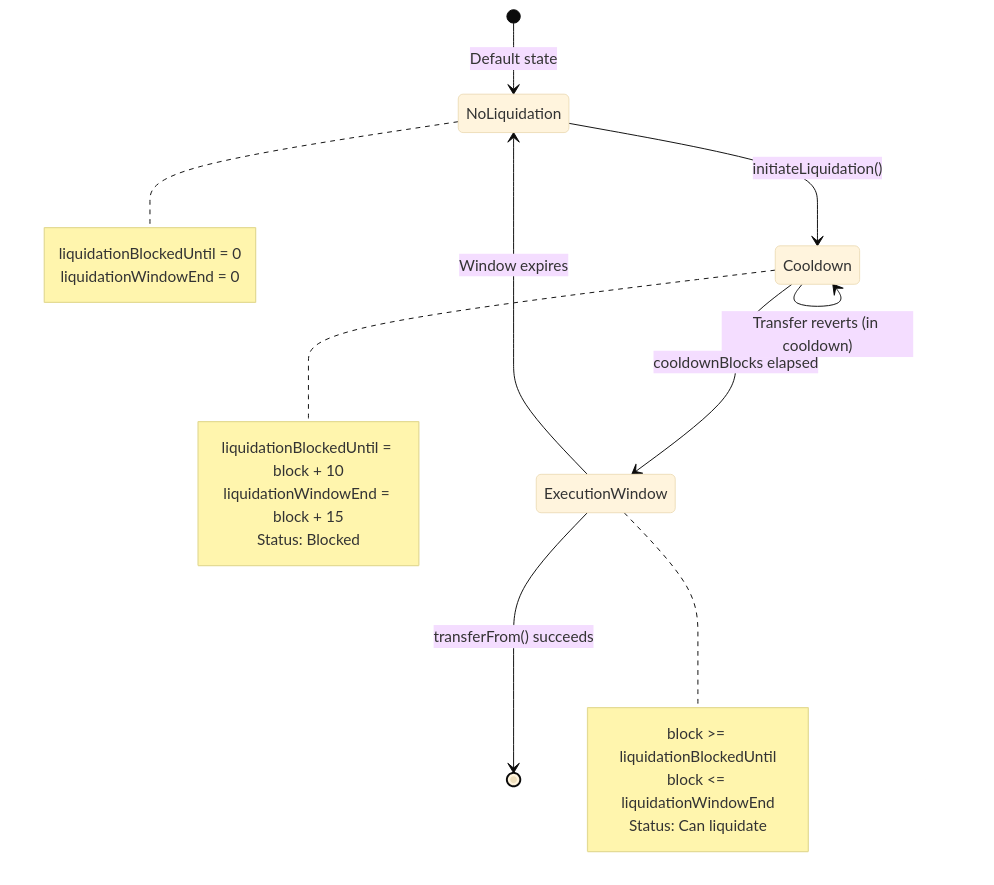
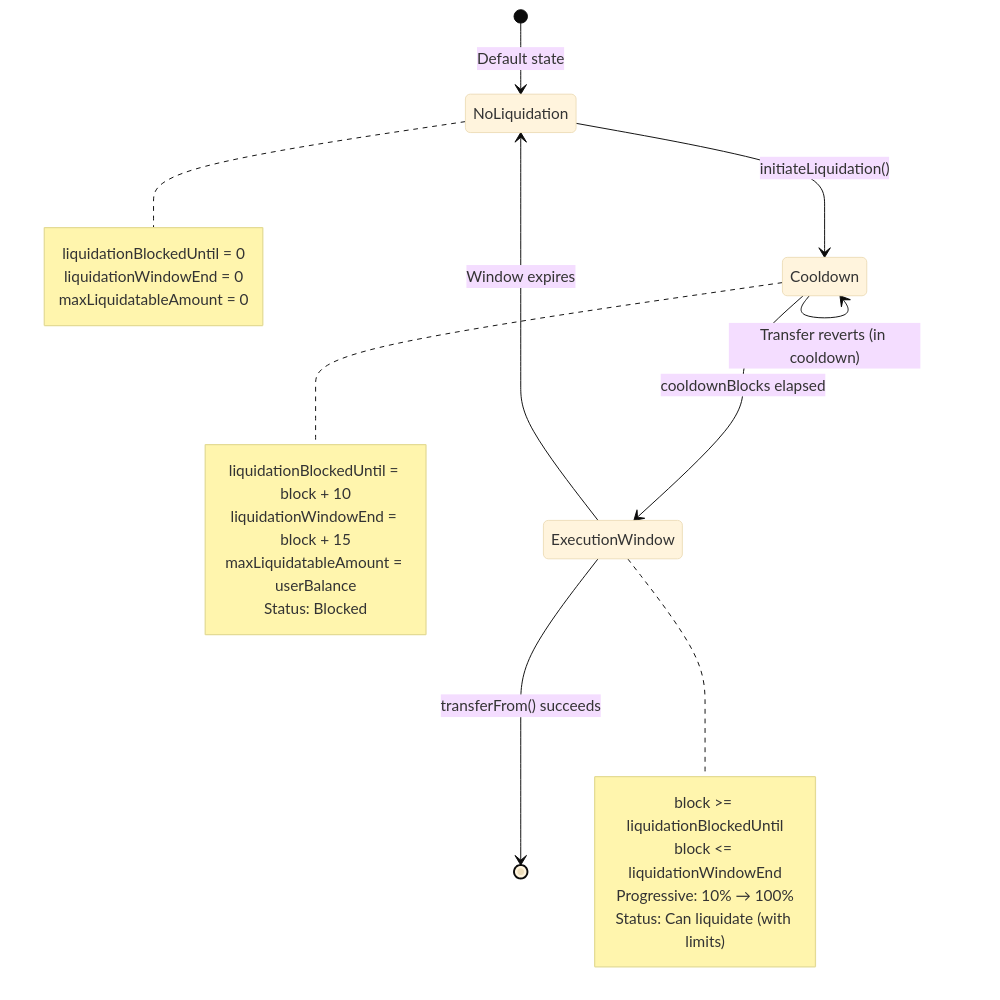
Before and after one commit to jordan-public/circuit-breaker-token: the second of 3 diagrams in README.md, drawn with Mermaid (base theme). The commit also changed other lines of this file and 2 other files, not shown here.

````diff
--- a/README.md
+++ b/README.md
@@ -169,29 +318,32 @@
 ```mermaid
 stateDiagram-v2
     [*] --> NoLiquidation: Default state
     
     NoLiquidation --> Cooldown: initiateLiquidation()
     
     Cooldown --> ExecutionWindow: cooldownBlocks elapsed
     Cooldown --> Cooldown: Transfer reverts (in cooldown)
     
     ExecutionWindow --> [*]: transferFrom() succeeds
     ExecutionWindow --> NoLiquidation: Window expires
     
     note right of NoLiquidation
         liquidationBlockedUntil = 0
         liquidationWindowEnd = 0
+        maxLiquidatableAmount = 0
     end note
     
     note right of Cooldown
         liquidationBlockedUntil = block + 10
         liquidationWindowEnd = block + 15
+        maxLiquidatableAmount = userBalance
         Status: Blocked
     end note
     
     note right of ExecutionWindow
         block >= liquidationBlockedUntil
         block <= liquidationWindowEnd
-        Status: Can liquidate
+        Progressive: 10% → 100%
+        Status: Can liquidate (with limits)
     end note
 ```
````
